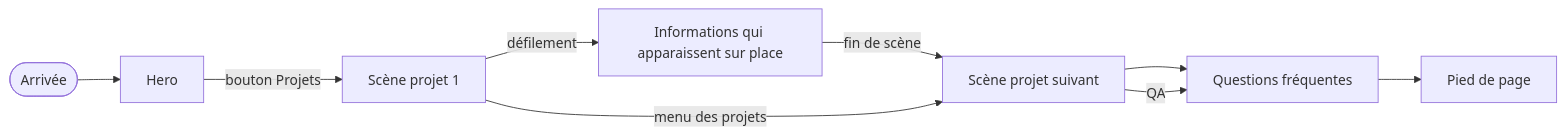
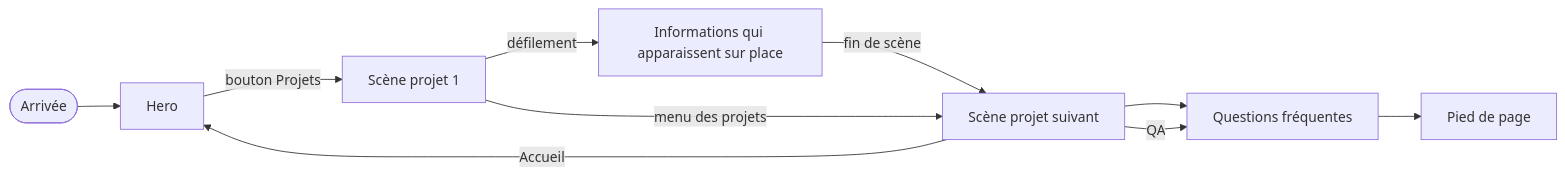
Before and after one commit to Korrighed/portfolio: the second of 6 diagrams in docs/APP-FLOW.md, drawn with Mermaid. The commit also changed other lines of this file and 31 other files, not shown here.

````diff
--- a/docs/APP-FLOW.md
+++ b/docs/APP-FLOW.md
@@ -38,11 +41,12 @@
 ```mermaid
 flowchart LR
   A([Arrivée]) --> B["Hero"]
   B -->|bouton Projets| C["Scène projet 1"]
   C -->|défilement| D["Informations qui apparaissent sur place"]
   D -->|fin de scène| E["Scène projet suivant"]
   E --> F["Questions fréquentes"]
   F --> H["Pied de page"]
   C -->|menu des projets| E
+  E -->|Accueil| B
   E -->|QA| F
 ```
````
